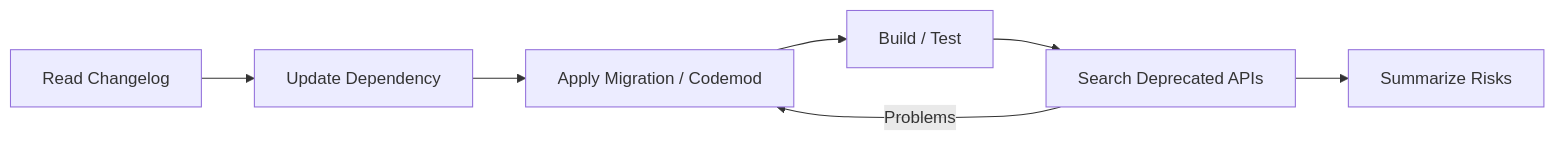
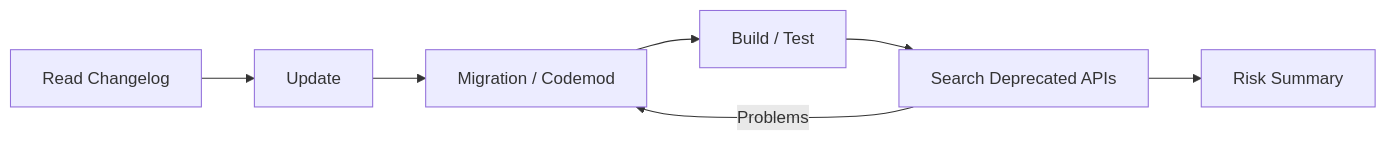
Before and after one commit to indigofeather/harness-book: the sixth of 10 diagrams in docs/applications/workflows.md, drawn with Mermaid. The commit also changed other lines of this file and 48 other files, not shown here.

````diff
--- a/docs/applications/workflows.md
+++ b/docs/applications/workflows.md
@@ -200,9 +130,9 @@
 ```mermaid
 flowchart LR
-  C[Read Changelog] --> U[Update Dependency]
-  U --> M[Apply Migration / Codemod]
+  C[Read Changelog] --> U[Update]
+  U --> M[Migration / Codemod]
   M --> B[Build / Test]
   B --> S[Search Deprecated APIs]
   S -->|Problems| M
-  S --> R[Summarize Risks]
+  S --> R[Risk Summary]
 ```
````
